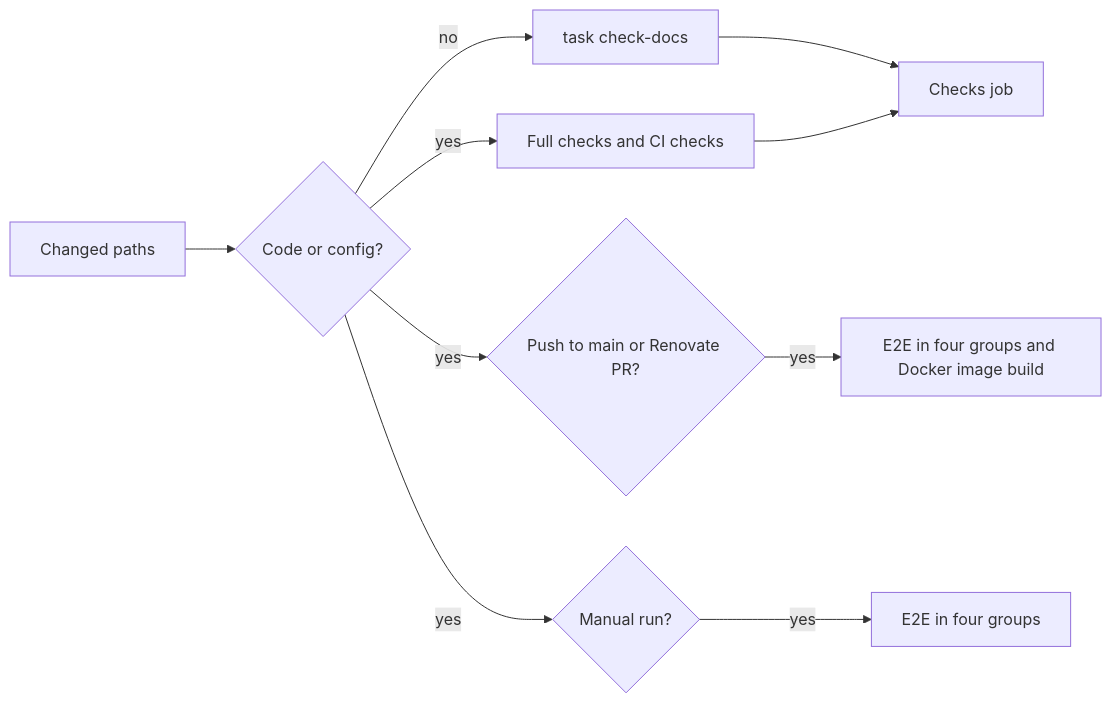
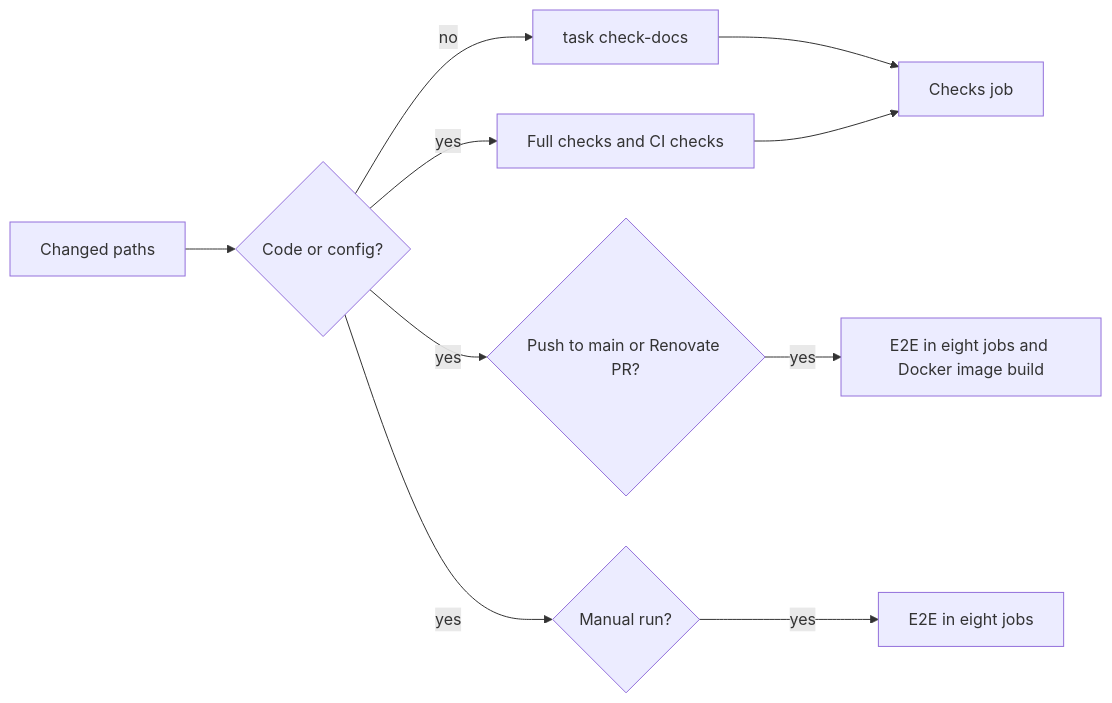
The diagram in docs/how-to/development.md (syudead/vv), drawn with Mermaid before and after one commit. The commit also changed other lines of this file and 5 other files, not shown here.

````diff
--- a/docs/how-to/development.md
+++ b/docs/how-to/development.md
@@ -105,12 +104,12 @@
 ```mermaid
 flowchart LR
   change[Changed paths] --> code{Code or config?}
   code -->|no| docs[task check-docs]
   code -->|yes| groups[Full checks and CI checks]
   docs --> checks[Checks job]
   groups --> checks
   code -->|yes| push{Push to main or Renovate PR?}
-  push -->|yes| more[E2E in four groups and Docker image build]
+  push -->|yes| more[E2E in eight jobs and Docker image build]
   code -->|yes| manual{Manual run?}
-  manual -->|yes| e2e[E2E in four groups]
+  manual -->|yes| e2e[E2E in eight jobs]
 ```
````
